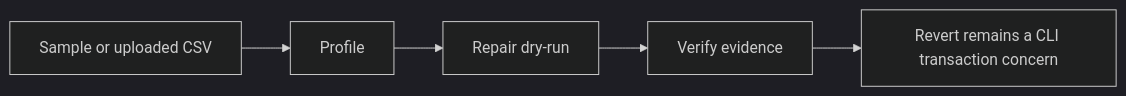
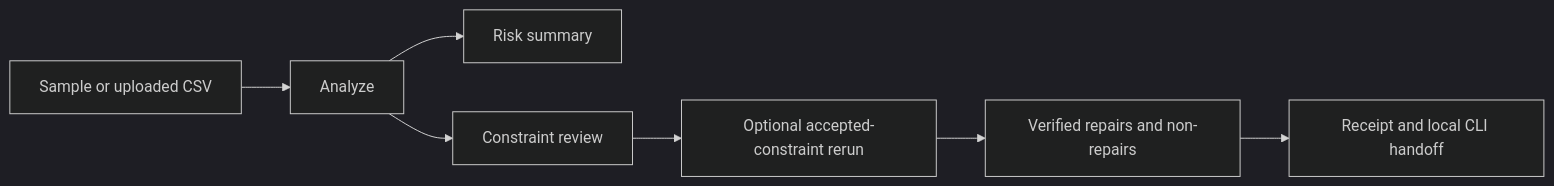
One commit to Aegis15/dataforge changed the diagram in docs/docs/playground.md. Above: the diagram before and after it, drawn with Mermaid (dark theme). The commit also changed other lines of this file and 14 other files, not shown here.

````diff
--- a/docs/docs/playground.md
+++ b/docs/docs/playground.md
@@ -10,7 +11,9 @@
 ```mermaid
 flowchart LR
-    A["Sample or uploaded CSV"] --> B["Profile"]
-    B --> C["Repair dry-run"]
-    C --> D["Verify evidence"]
-    D --> E["Revert remains a CLI transaction concern"]
+    A["Sample or uploaded CSV"] --> B["Analyze"]
+    B --> C["Risk summary"]
+    B --> D["Constraint review"]
+    D --> E["Optional accepted-constraint rerun"]
+    E --> F["Verified repairs and non-repairs"]
+    F --> G["Receipt and local CLI handoff"]
 ```
````
